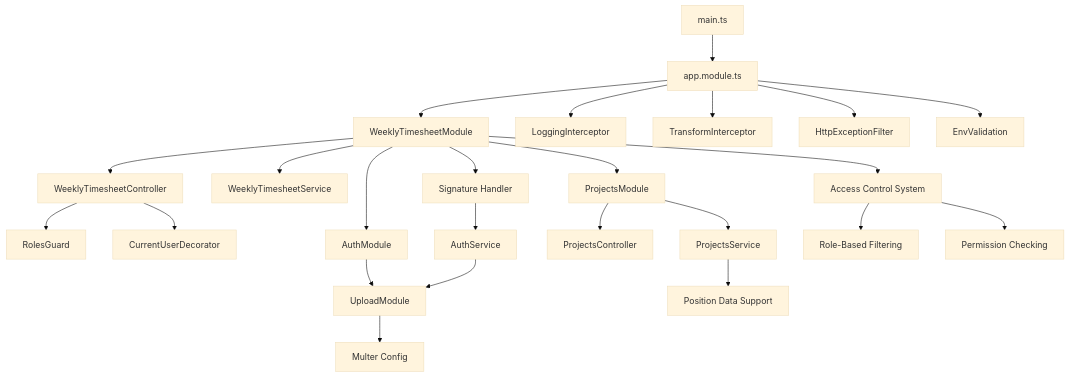
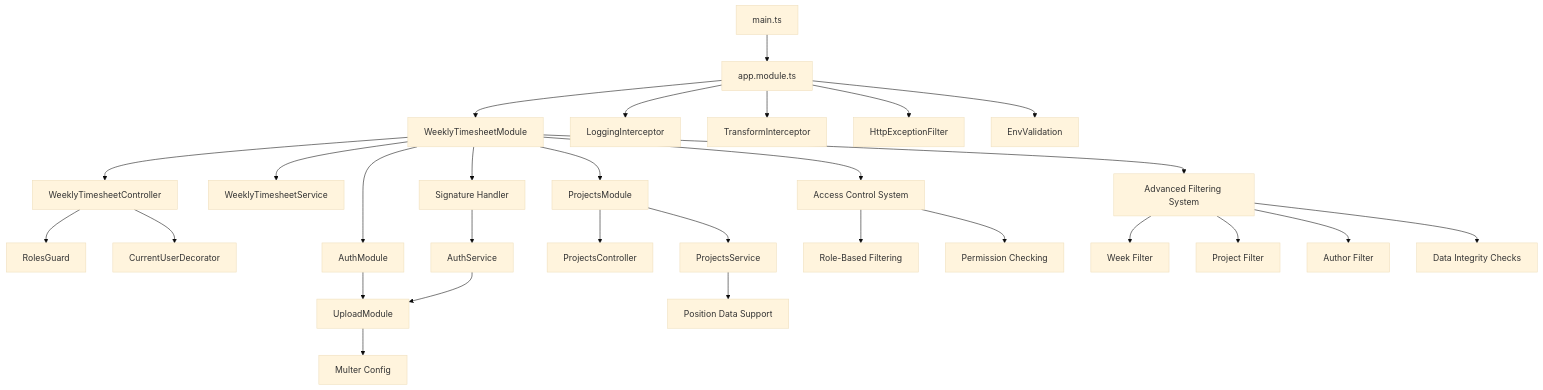
Before and after one commit to RobertRuas/windlog: diagram 12 of 12 in .qoder/repowiki/en/content/Arquitetura Backend/Módulos do Sistema/Timesheet Semanal - Módulo Backend.md, drawn with Mermaid (base theme). The commit also changed other lines of this file and 45 other files, not shown here.

````diff
--- a/.qoder/repowiki/en/content/Arquitetura Backend/Módulos do Sistema/Timesheet Semanal - Módulo Backend.md
+++ b/.qoder/repowiki/en/content/Arquitetura Backend/Módulos do Sistema/Timesheet Semanal - Módulo Backend.md
@@ -686,26 +784,31 @@
 ```mermaid
 graph TB
 Main["main.ts"] --> AppModule["app.module.ts"]
 AppModule --> WeeklyModule["WeeklyTimesheetModule"]
 WeeklyModule --> Controller["WeeklyTimesheetController"]
 WeeklyModule --> Service["WeeklyTimesheetService"]
 Controller --> Guard["RolesGuard"]
 Controller --> Decorator["CurrentUserDecorator"]
 AppModule --> Logging["LoggingInterceptor"]
 AppModule --> Transform["TransformInterceptor"]
 AppModule --> Filter["HttpExceptionFilter"]
 AppModule --> Env["EnvValidation"]
 WeeklyModule --> AuthModule["AuthModule"]
 AuthModule --> UploadModule["UploadModule"]
 UploadModule --> Multer["Multer Config"]
 WeeklyModule --> SignatureModule["Signature Handler"]
 SignatureModule --> AuthService
 AuthService --> UploadModule
 WeeklyModule --> ProjectsModule["ProjectsModule"]
 ProjectsModule --> ProjectsController["ProjectsController"]
 ProjectsModule --> ProjectsService["ProjectsService"]
 ProjectsService --> PositionData["Position Data Support"]
 WeeklyModule --> AccessControl["Access Control System"]
 AccessControl --> RoleBasedFiltering["Role-Based Filtering"]
 AccessControl --> PermissionChecking["Permission Checking"]
+WeeklyModule --> FilterSystem["Advanced Filtering System"]
+FilterSystem --> WeekFilter["Week Filter"]
+FilterSystem --> ProjectFilter["Project Filter"]
+FilterSystem --> AuthorFilter["Author Filter"]
+FilterSystem --> DataIntegrity["Data Integrity Checks"]
 ```
````
